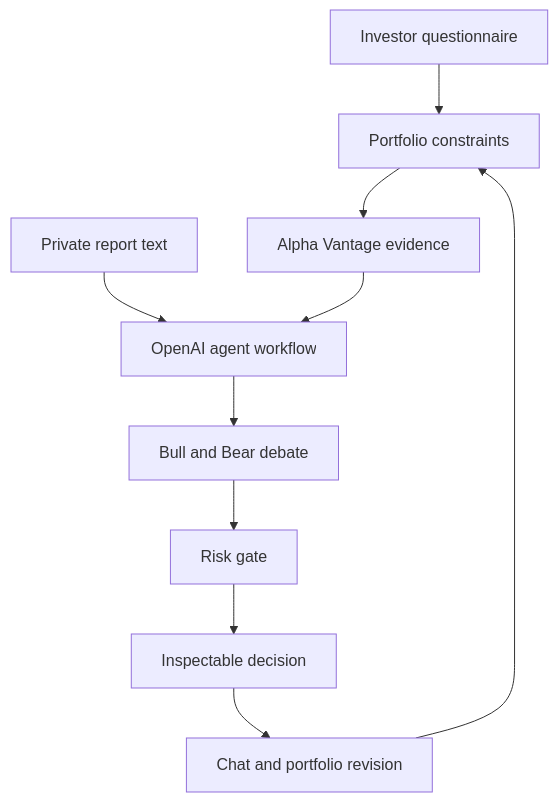
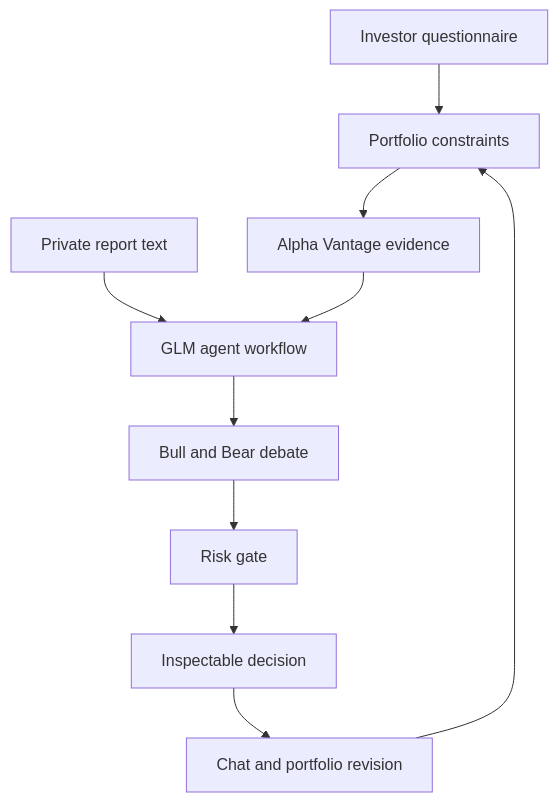
The diagram in README.md (shiwenwang523/clarityinvest-web), drawn with Mermaid before and after one commit. The commit also changed other lines of this file and 3 other files, not shown here.

````diff
--- a/README.md
+++ b/README.md
@@ -73,12 +73,12 @@
 ```mermaid
 flowchart TD
     A[Investor questionnaire] --> B[Portfolio constraints]
     B --> C[Alpha Vantage evidence]
-    D[Private report text] --> E[OpenAI agent workflow]
+    D[Private report text] --> E[GLM agent workflow]
     C --> E
     E --> F[Bull and Bear debate]
     F --> G[Risk gate]
     G --> H[Inspectable decision]
     H --> I[Chat and portfolio revision]
     I --> B
 ```
````
